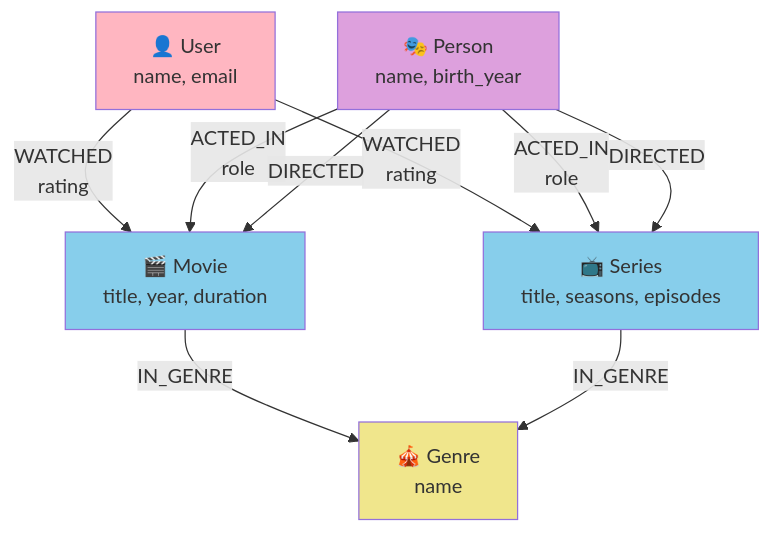
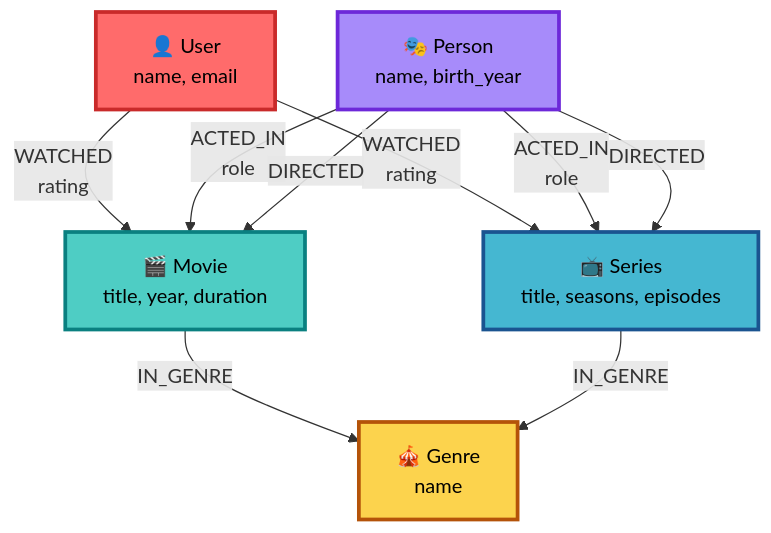
The diagram in README.md (nataliaberbetviana/neo4j-movie-knowledge-graph), drawn with Mermaid before and after one commit. The commit also changed other lines of this file, not shown here.

````diff
--- a/README.md
+++ b/README.md
@@ -100,23 +78,23 @@
 ```mermaid
 graph TB
     U[👤 User<br/>name, email]
     M[🎬 Movie<br/>title, year, duration]
     S[📺 Series<br/>title, seasons, episodes]
     P[🎭 Person<br/>name, birth_year]
     G[🎪 Genre<br/>name]
     
     U -->|WATCHED<br/>rating| M
     U -->|WATCHED<br/>rating| S
     P -->|ACTED_IN<br/>role| M
     P -->|ACTED_IN<br/>role| S
     P -->|DIRECTED| M
     P -->|DIRECTED| S
     M -->|IN_GENRE| G
     S -->|IN_GENRE| G
     
-    style U fill:#FFB6C1
-    style M fill:#87CEEB
-    style S fill:#87CEEB
-    style P fill:#DDA0DD
-    style G fill:#F0E68C
+    style U fill:#FF6B6B,stroke:#C92A2A,stroke-width:3px,color:#000
+    style M fill:#4ECDC4,stroke:#0A8080,stroke-width:3px,color:#000
+    style S fill:#45B7D1,stroke:#1A5490,stroke-width:3px,color:#000
+    style P fill:#A78BFA,stroke:#6D28D9,stroke-width:3px,color:#000
+    style G fill:#FCD34D,stroke:#B45309,stroke-width:3px,color:#000
 ```
````
